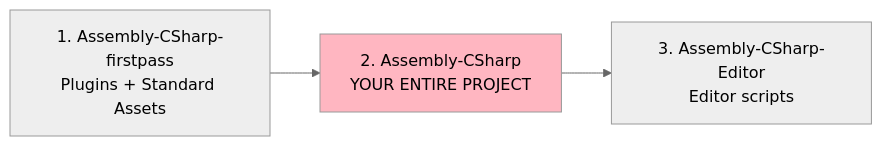
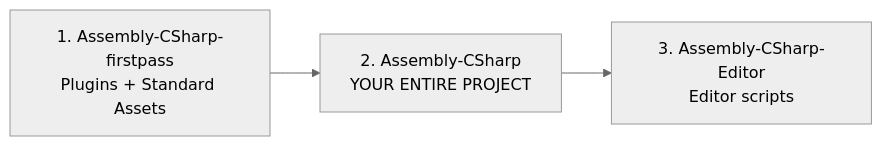
One commit to wallstop/unity-tips changed the first of 9 diagrams in docs/assembly-definitions/01-getting-started.md. Above: the diagram before and after it, drawn with Mermaid (neutral theme). The commit also changed other lines of this file and 27 other files, not shown here.

Commit message:
Convert ASCII diagrams to Mermaid format (#30)

````diff
--- a/docs/assembly-definitions/01-getting-started.md
+++ b/docs/assembly-definitions/01-getting-started.md
@@ -61,7 +61,6 @@
 ```mermaid
 graph LR
     A[1. Assembly-CSharp-firstpass<br/>Plugins + Standard Assets] --> B[2. Assembly-CSharp<br/>YOUR ENTIRE PROJECT]
     B --> C[3. Assembly-CSharp-Editor<br/>Editor scripts]
 
-    style B fill:#FFB6C1
 ```
````
